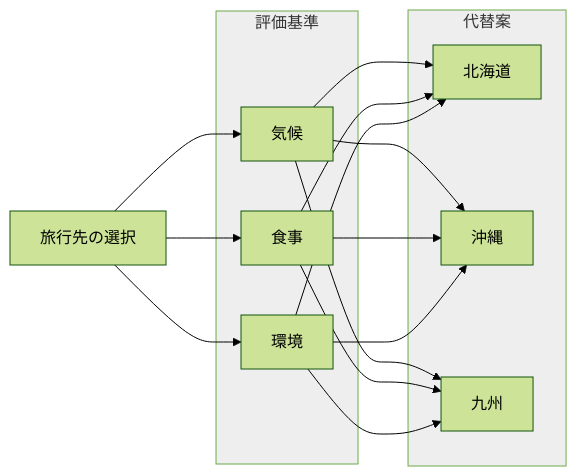
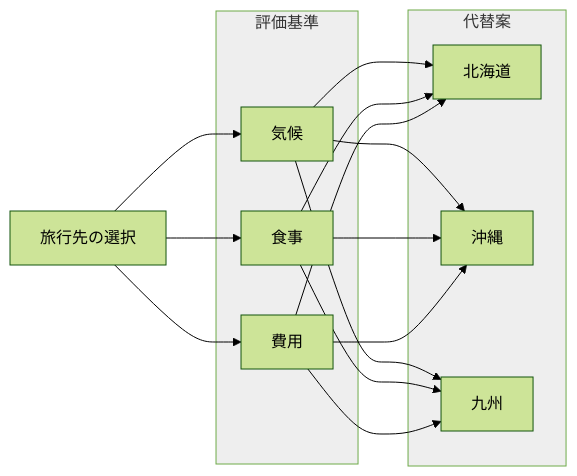
The diagram in mcda/ahp.qmd (zi-ang-liu/or-book), drawn with Mermaid (forest theme) before and after one commit. The commit also changed other lines of this file and 2 other files, not shown here.

````diff
--- a/mcda/ahp.qmd
+++ b/mcda/ahp.qmd
@@ -211,29 +213,29 @@
 ```{mermaid}
 flowchart LR
     A[旅行先の選択]
     subgraph 評価基準
         B1[気候]
         B2[食事]
-        B3[環境]
+        B3[費用]
     end
     subgraph 代替案
         C1[北海道]
         C2[沖縄]
         C3[九州]
     end
     A --> B1
     A --> B2
     A --> B3
     B1 --> C1
     B1 --> C2
     B1 --> C3
     B2 --> C1
     B2 --> C2
     B2 --> C3
     B3 --> C1
     B3 --> C2
     B3 --> C3
 
     style 評価基準 fill:#eee
     style 代替案 fill:#eee
 ```
````
